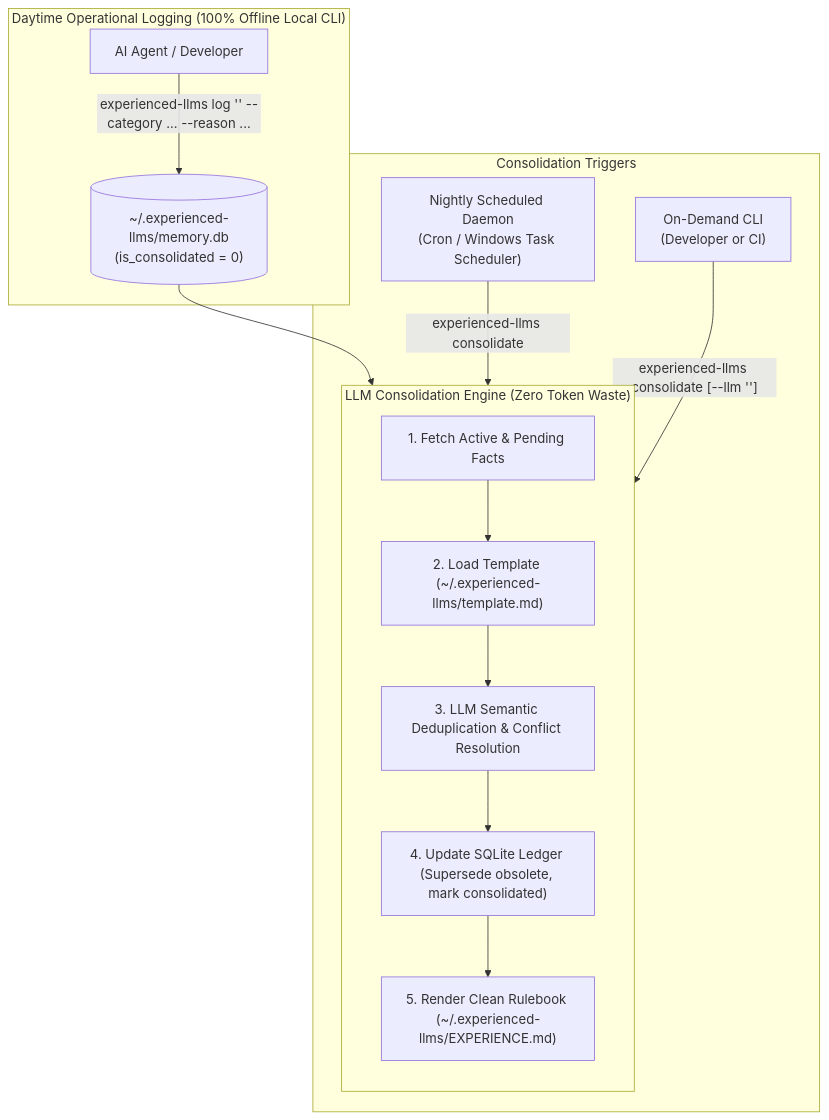
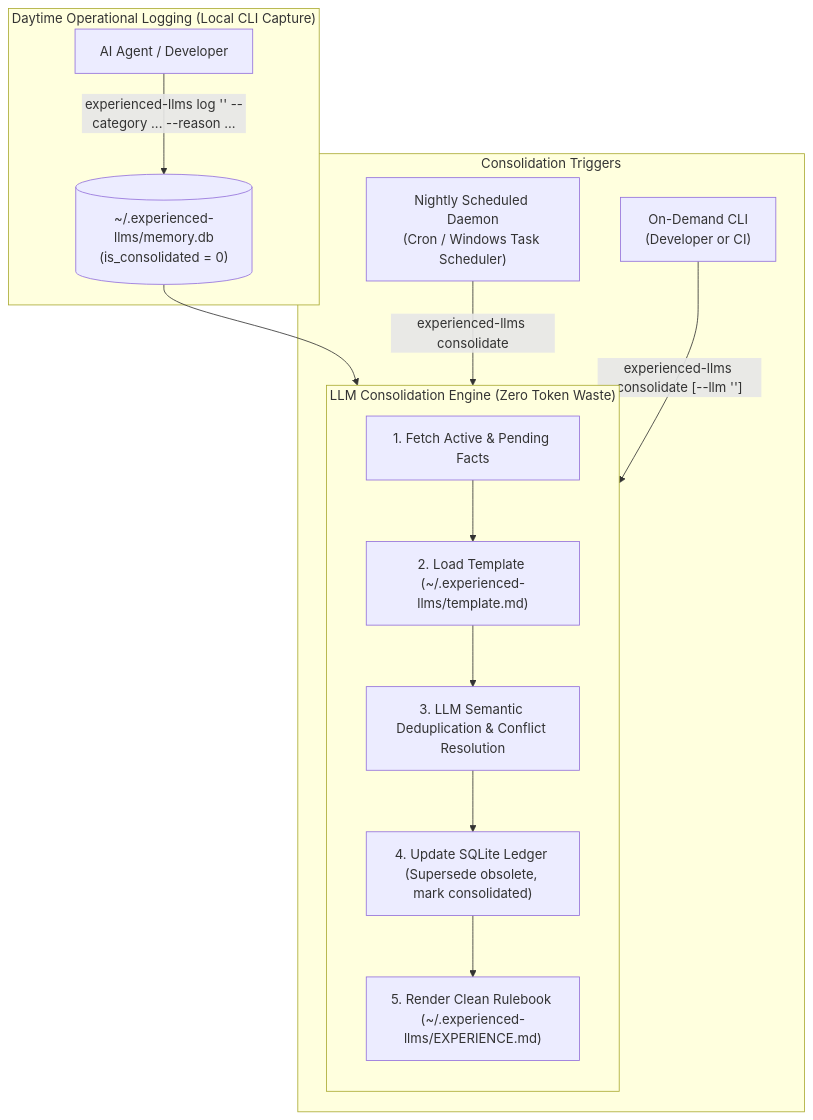
Before and after one commit to developer88/experienced-llms: the diagram in docs/ARCHITECTURE.md, drawn with Mermaid. The commit also changed other lines of this file and 11 other files, not shown here.

````diff
--- a/docs/ARCHITECTURE.md
+++ b/docs/ARCHITECTURE.md
@@ -9,20 +9,20 @@
 ```mermaid
 flowchart TD
-    subgraph Daytime ["Daytime Operational Logging (100% Offline Local CLI)"]
+    subgraph Daytime ["Daytime Operational Logging (Local CLI Capture)"]
         Agent["AI Agent / Developer"] -->|"experienced-llms log '<rule>' --category ... --reason ..."| DB[("~/.experienced-llms/memory.db<br/>(is_consolidated = 0)")]
     end
 
     subgraph Consolidation ["LLM Consolidation Engine (Zero Token Waste)"]
         direction TB
         DB --> ReadFacts["1. Fetch Active & Pending Facts"]
         ReadFacts --> LoadTemplate["2. Load Template (~/.experienced-llms/template.md)"]
         LoadTemplate --> Reason["3. LLM Semantic Deduplication & Conflict Resolution"]
         Reason --> Apply["4. Update SQLite Ledger (Supersede obsolete, mark consolidated)"]
         Apply --> OutputFile["5. Render Clean Rulebook (~/.experienced-llms/EXPERIENCE.md)"]
     end
 
     subgraph Triggers ["Consolidation Triggers"]
         Cron["Nightly Scheduled Daemon<br/>(Cron / Windows Task Scheduler)"] -->|"experienced-llms consolidate"| Consolidation
         Manual["On-Demand CLI<br/>(Developer or CI)"] -->|"experienced-llms consolidate [--llm '<cmd>']"| Consolidation
     end
 ```
````
